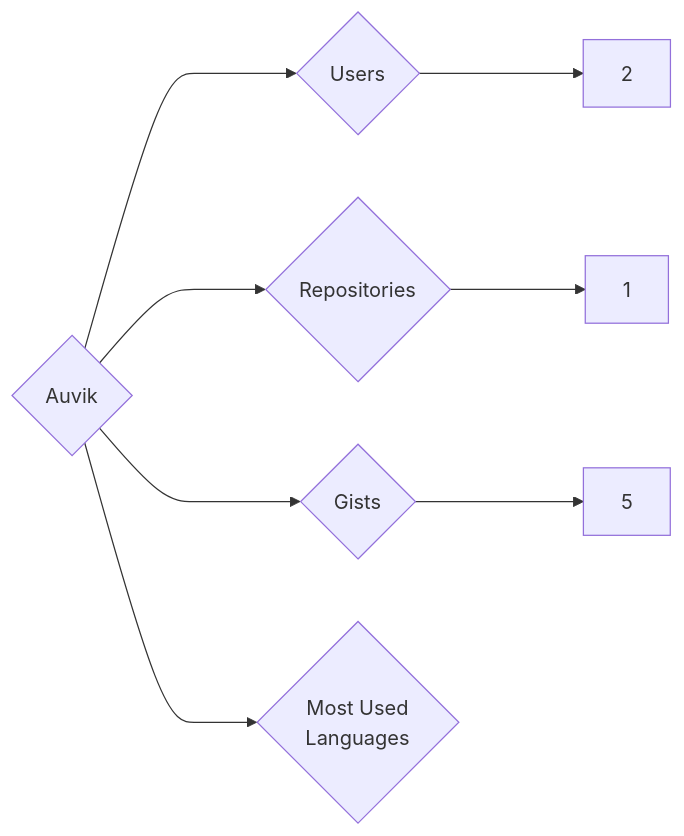
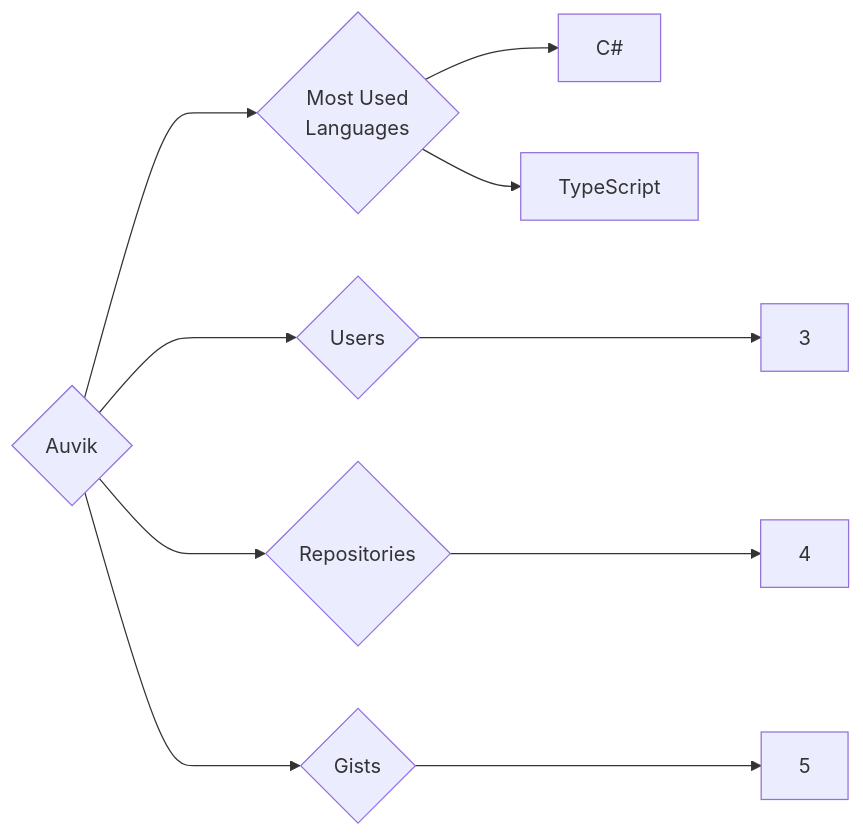
One commit to trickest/insiders changed the diagram in targets/Auvik/README.md. Above: the diagram before and after it, drawn with Mermaid. The commit also changed 1084 other files, not shown here.

````diff
--- a/targets/Auvik/README.md
+++ b/targets/Auvik/README.md
@@ -3,8 +3,10 @@
 ```mermaid
 graph LR
 COMPANY_NAME{Auvik}
-COMPANY_NAME ---> U{Users} ---> UN[2]
-COMPANY_NAME ---> R{Repositories} ---> RN[1]
+COMPANY_NAME ---> U{Users} ---> UN[3]
+COMPANY_NAME ---> R{Repositories} ---> RN[4]
 COMPANY_NAME ---> G{Gists} ---> GN[5]
 COMPANY_NAME ---> ML{Most Used<br>Languages}
+ML --> C#[C#]
+ML --> TypeScript[TypeScript]
 ```
````
